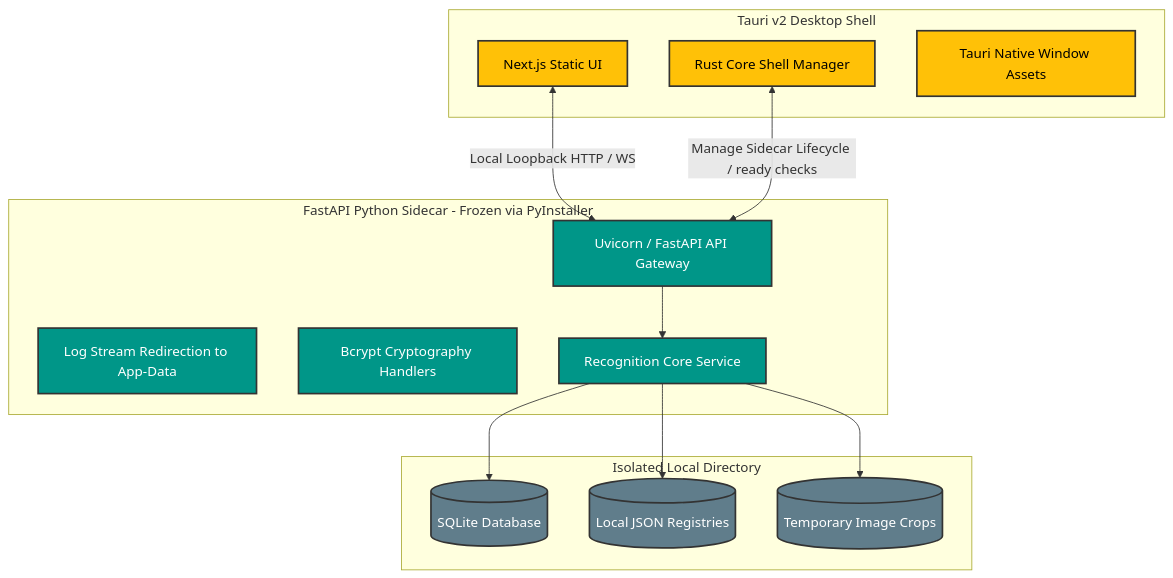
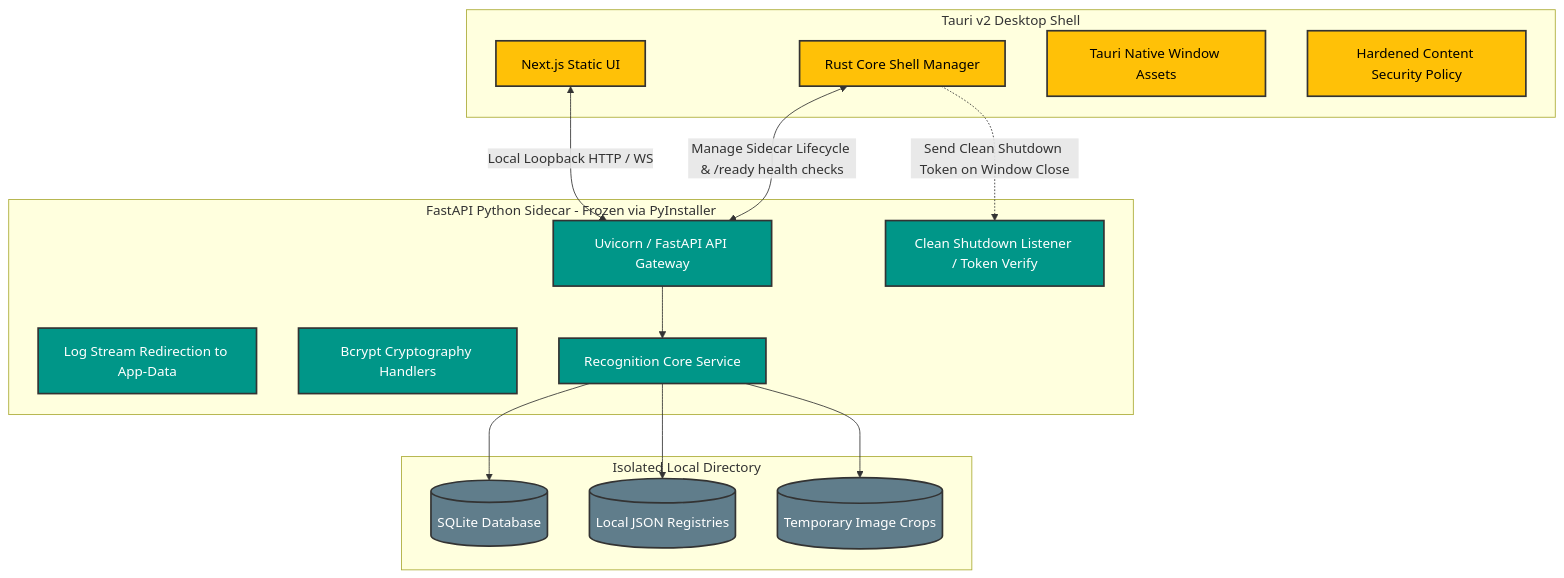
The second of 2 diagrams in README.md (KanakMalpani/Self-Learning-Vision), drawn with Mermaid before and after one commit. The commit also changed other lines of this file, not shown here.

Commit message:
docs: showcase cross-platform Tauri packaging, sidecar shutdown lifecycle, and security scanning in README.md

````diff
--- a/README.md
+++ b/README.md
@@ -136,35 +147,38 @@
 ```mermaid
 flowchart TB
     subgraph DesktopShell [Tauri v2 Desktop Shell]
         UI[Next.js Static UI]
         Rust[Rust Core Shell Manager]
         Icons[Tauri Native Window Assets]
+        CSP[Hardened Content Security Policy]
     end
 
     subgraph FastAPI_Sidecar [FastAPI Python Sidecar - Frozen via PyInstaller]
         API[Uvicorn / FastAPI API Gateway]
         Logs[Log Stream Redirection to App-Data]
         Bcrypt[Bcrypt Cryptography Handlers]
         Core[Recognition Core Service]
+        Shutdown[Clean Shutdown Listener / Token Verify]
     end
 
     subgraph Storage [Isolated Local Directory]
         SQLite[(SQLite Database)]
         JSON[(Local JSON Registries)]
         Assets[(Temporary Image Crops)]
     end
 
     UI <-->|Local Loopback HTTP / WS| API
-    Rust <-->|Manage Sidecar Lifecycle / ready checks| API
+    Rust <-->|Manage Sidecar Lifecycle & /ready health checks| API
+    Rust -.->|Send Clean Shutdown Token on Window Close| Shutdown
     API --> Core
     Core --> SQLite
     Core --> JSON
     Core --> Assets
     
     classDef tauri fill:#FFC107,stroke:#333,stroke-width:2px,color:#000;
     classDef python fill:#009688,stroke:#333,stroke-width:2px,color:#fff;
     classDef store fill:#607D8B,stroke:#333,stroke-width:2px,color:#fff;
-    class UI,Rust,Icons tauri;
-    class API,Logs,Bcrypt,Core python;
+    class UI,Rust,Icons,CSP tauri;
+    class API,Logs,Bcrypt,Core,Shutdown python;
     class SQLite,JSON,Assets store;
 ```
````
